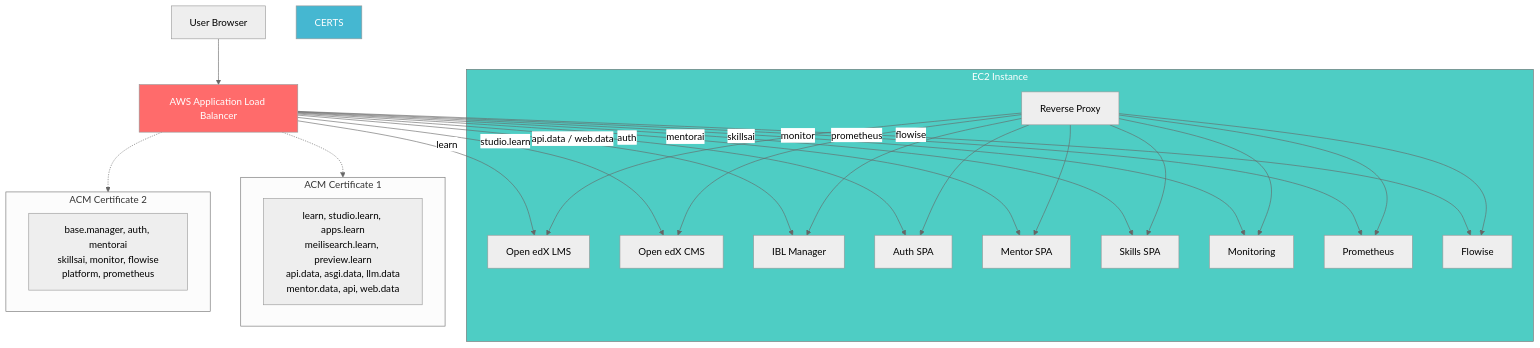
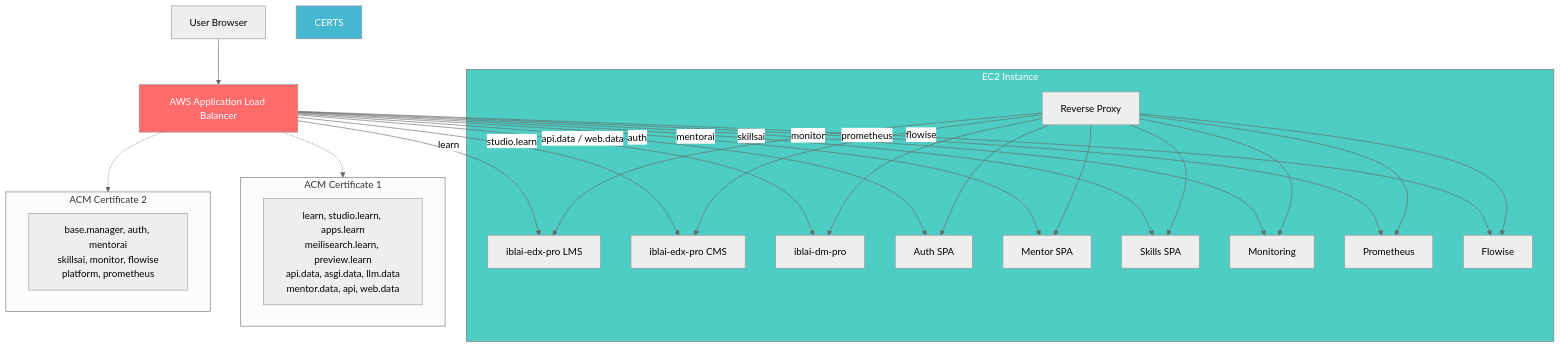
The third of 3 diagrams in docs/architecture.md (iblai/infra-cli), drawn with Mermaid (neutral theme) before and after one commit. The commit also changed other lines of this file, not shown here.

First line of the commit message:
docs: use standard product names in architecture diagram

````diff
--- a/docs/architecture.md
+++ b/docs/architecture.md
@@ -117,41 +117,41 @@
 ```mermaid
 flowchart TB
     USER[User Browser] --> ALB[AWS Application Load Balancer]
 
     ALB --> |learn| LMS
     ALB --> |studio.learn| CMS
-    ALB --> |api.data / web.data| DM_WEB[IBL Manager]
+    ALB --> |api.data / web.data| DM_WEB[iblai-dm-pro]
     ALB --> |auth| AUTH[Auth SPA]
     ALB --> |mentorai| MENTOR[Mentor SPA]
     ALB --> |skillsai| SKILLS[Skills SPA]
     ALB --> |monitor| MONITOR[Monitoring]
     ALB --> |prometheus| PROM[Prometheus]
     ALB --> |flowise| FLOWISE[Flowise]
 
     subgraph EC2["EC2 Instance"]
-        RP[Reverse Proxy] --> LMS[Open edX LMS]
-        RP --> CMS[Open edX CMS]
+        RP[Reverse Proxy] --> LMS[iblai-edx-pro LMS]
+        RP --> CMS[iblai-edx-pro CMS]
         RP --> DM_WEB
         RP --> AUTH
         RP --> MENTOR
         RP --> SKILLS
         RP --> MONITOR
         RP --> PROM
         RP --> FLOWISE
     end
 
     subgraph CERT1["ACM Certificate 1"]
         C1["learn, studio.learn, apps.learn\nmeilisearch.learn, preview.learn\napi.data, asgi.data, llm.data\nmentor.data, api, web.data"]
     end
 
     subgraph CERT2["ACM Certificate 2"]
         C2["base.manager, auth, mentorai\nskillsai, monitor, flowise\nplatform, prometheus"]
     end
 
     ALB -.-> CERT1
     ALB -.-> CERT2
 
     style ALB fill:#ff6b6b,color:#fff
     style EC2 fill:#4ecdc4,color:#fff
     style CERTS fill:#45b7d1,color:#fff
 ```
````
